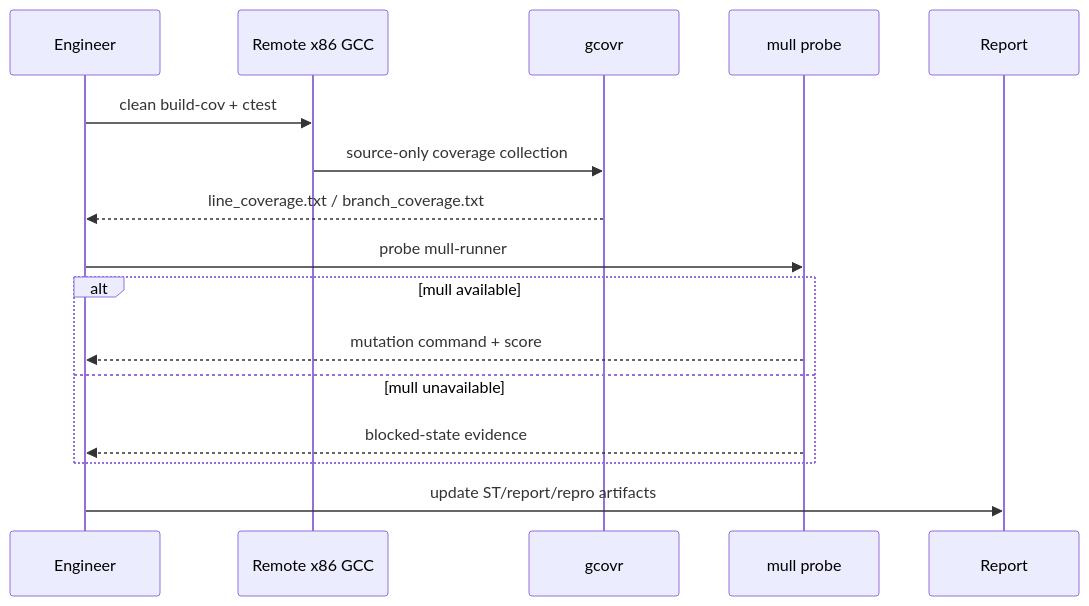
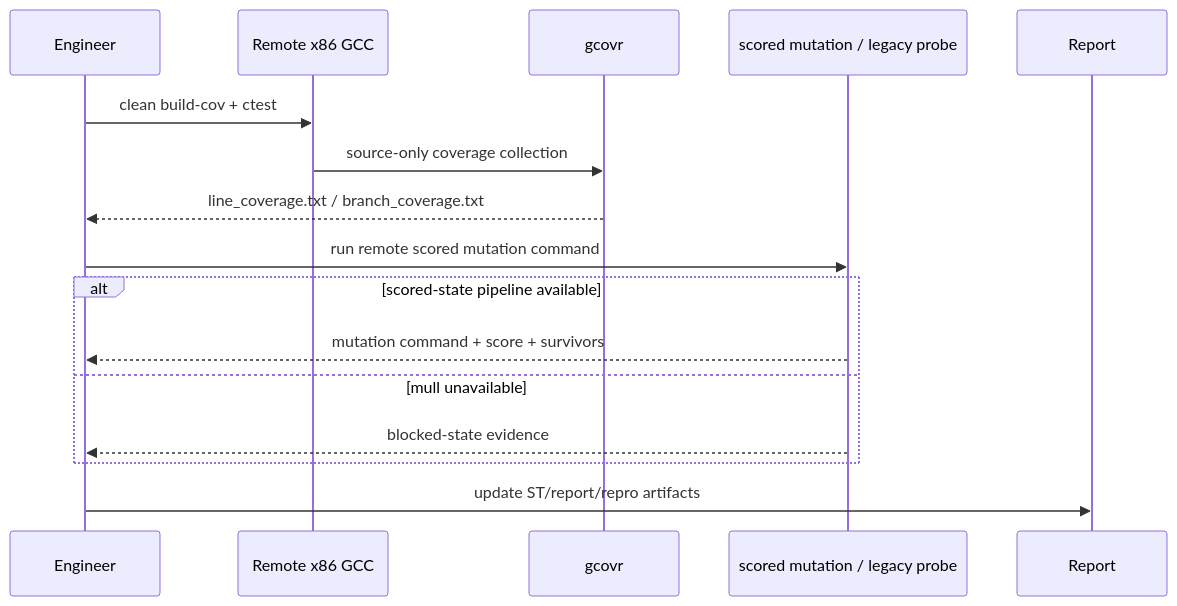
The seventh of 13 diagrams in docs/plans/2026-03-12-pipnn-poc-design.md (benwuhua/pipnn), drawn with Mermaid before and after one commit. The commit also changed other lines of this file and 2 other files, not shown here.

Commit message:
feat: increment wave 3 for mutation scoring

````diff
--- a/docs/plans/2026-03-12-pipnn-poc-design.md
+++ b/docs/plans/2026-03-12-pipnn-poc-design.md
@@ -187,19 +187,19 @@
 ```mermaid
 sequenceDiagram
   participant Engineer
   participant Remote as Remote x86 GCC
   participant Cov as gcovr
-  participant Mut as mull probe
+  participant Mut as scored mutation / legacy probe
   participant Report
 
   Engineer->>Remote: clean build-cov + ctest
   Remote->>Cov: source-only coverage collection
   Cov-->>Engineer: line_coverage.txt / branch_coverage.txt
-  Engineer->>Mut: probe mull-runner
-  alt mull available
-    Mut-->>Engineer: mutation command + score
+  Engineer->>Mut: run remote scored mutation command
+  alt scored-state pipeline available
+    Mut-->>Engineer: mutation command + score + survivors
   else mull unavailable
     Mut-->>Engineer: blocked-state evidence
   end
   Engineer->>Report: update ST/report/repro artifacts
 ```
````
